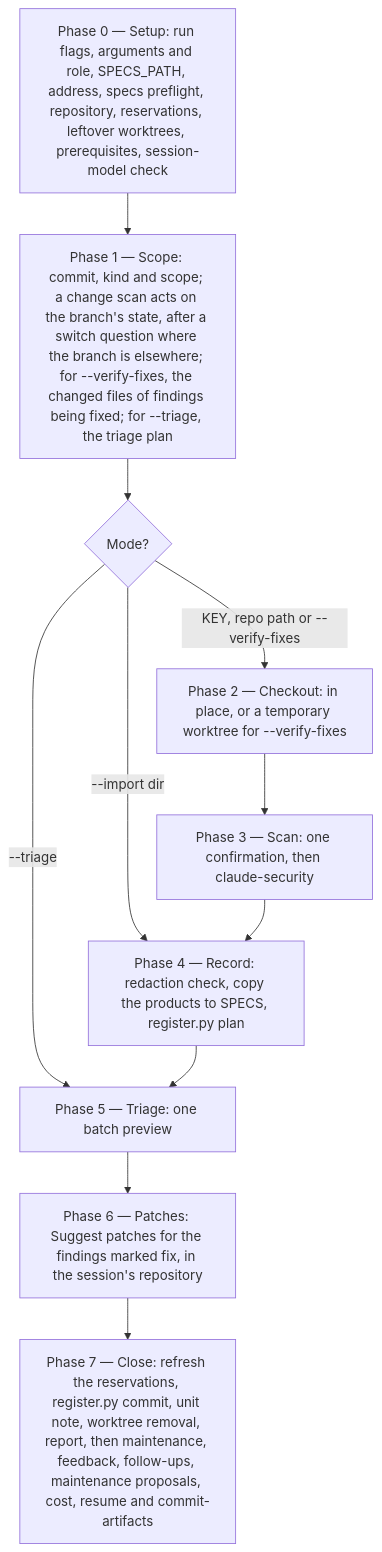
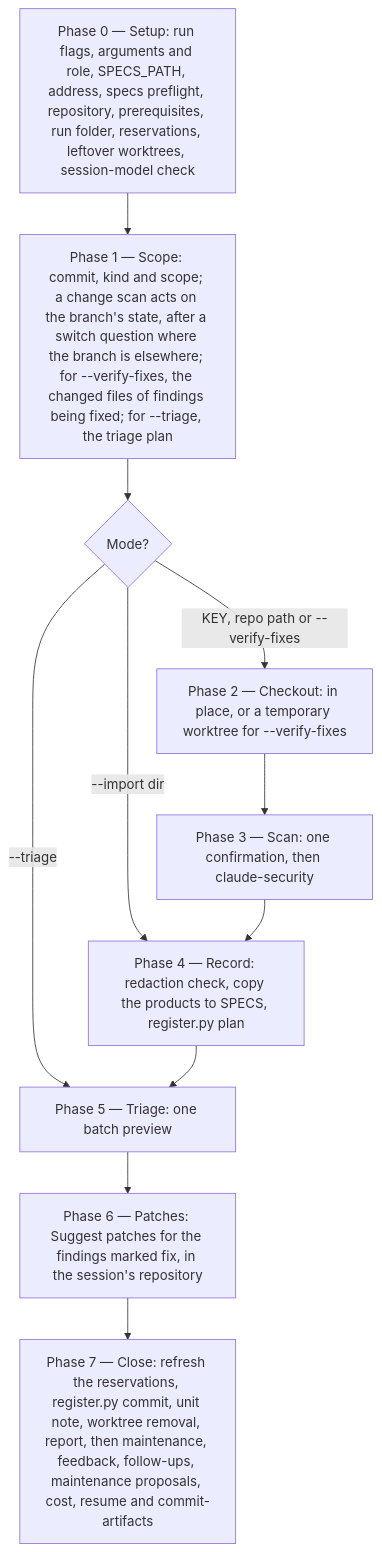
Before and after one commit to ihudak/ai-workflows: the diagram in plugins/security-workflows/docs/commands/scan.md, drawn with Mermaid. The commit also changed other lines of this file and 3 other files, not shown here.

First line of the commit message:
fix(security-workflows): /scan's stop keeps the scan folder its resume records, and its prerequisites come before the run folder

````diff
--- a/plugins/security-workflows/docs/commands/scan.md
+++ b/plugins/security-workflows/docs/commands/scan.md
@@ -45,13 +45,13 @@
 ```mermaid
 flowchart TD
-    p0["Phase 0 — Setup: run flags, arguments and role, SPECS_PATH, address, specs preflight, repository, reservations, leftover worktrees, prerequisites, session-model check"] --> p1["Phase 1 — Scope: commit, kind and scope; a change scan acts on the branch's state, after a switch question where the branch is elsewhere; for --verify-fixes, the changed files of findings being fixed; for --triage, the triage plan"]
+    p0["Phase 0 — Setup: run flags, arguments and role, SPECS_PATH, address, specs preflight, repository, prerequisites, run folder, reservations, leftover worktrees, session-model check"] --> p1["Phase 1 — Scope: commit, kind and scope; a change scan acts on the branch's state, after a switch question where the branch is elsewhere; for --verify-fixes, the changed files of findings being fixed; for --triage, the triage plan"]
     p1 --> mode{"Mode?"}
     mode -->|"KEY, repo path or --verify-fixes"| p2["Phase 2 — Checkout: in place, or a temporary worktree for --verify-fixes"]
     mode -->|"--import dir"| p4
     mode -->|"--triage"| p5
     p2 --> p3["Phase 3 — Scan: one confirmation, then claude-security"]
     p3 --> p4["Phase 4 — Record: redaction check, copy the products to SPECS, register.py plan"]
     p4 --> p5["Phase 5 — Triage: one batch preview"]
     p5 --> p6["Phase 6 — Patches: Suggest patches for the findings marked fix, in the session's repository"]
     p6 --> p7["Phase 7 — Close: refresh the reservations, register.py commit, unit note, worktree removal, report, then maintenance, feedback, follow-ups, maintenance proposals, cost, resume and commit-artifacts"]
 ```
````
